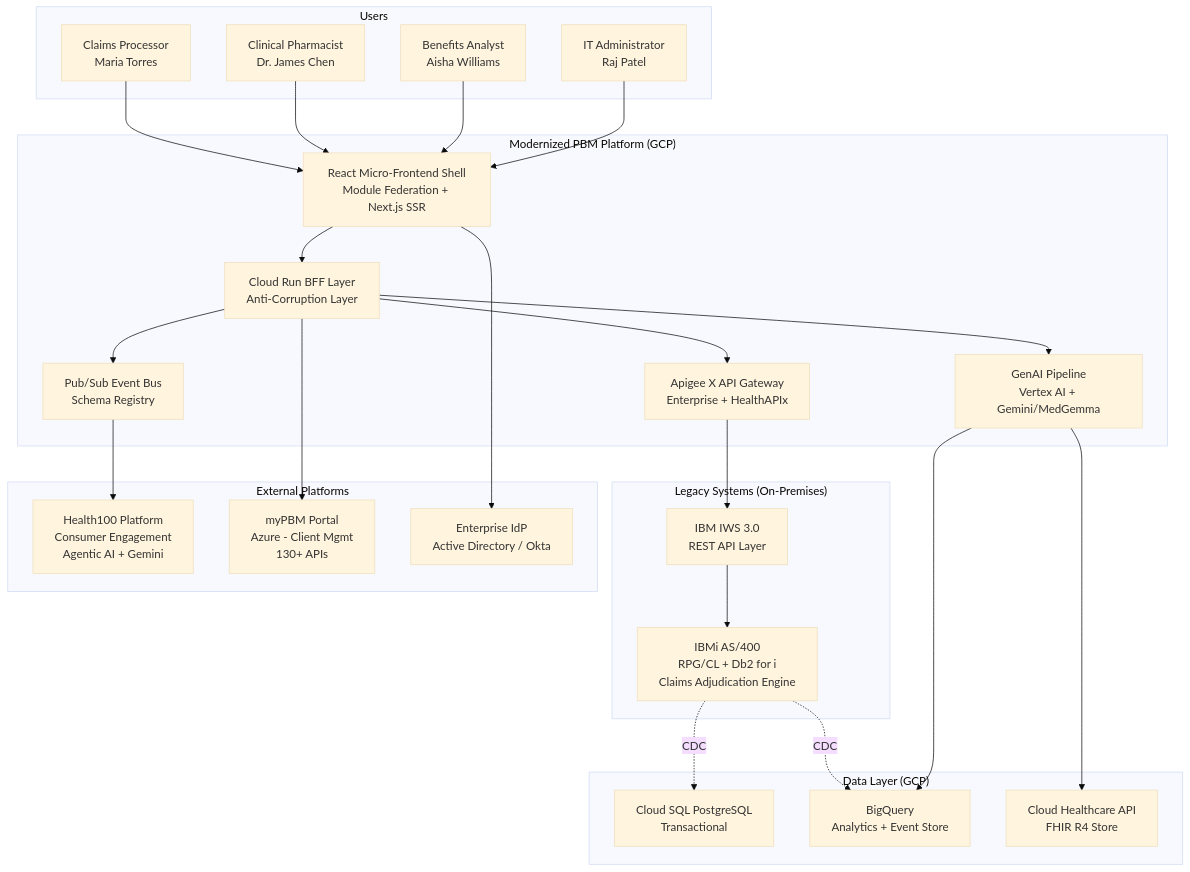
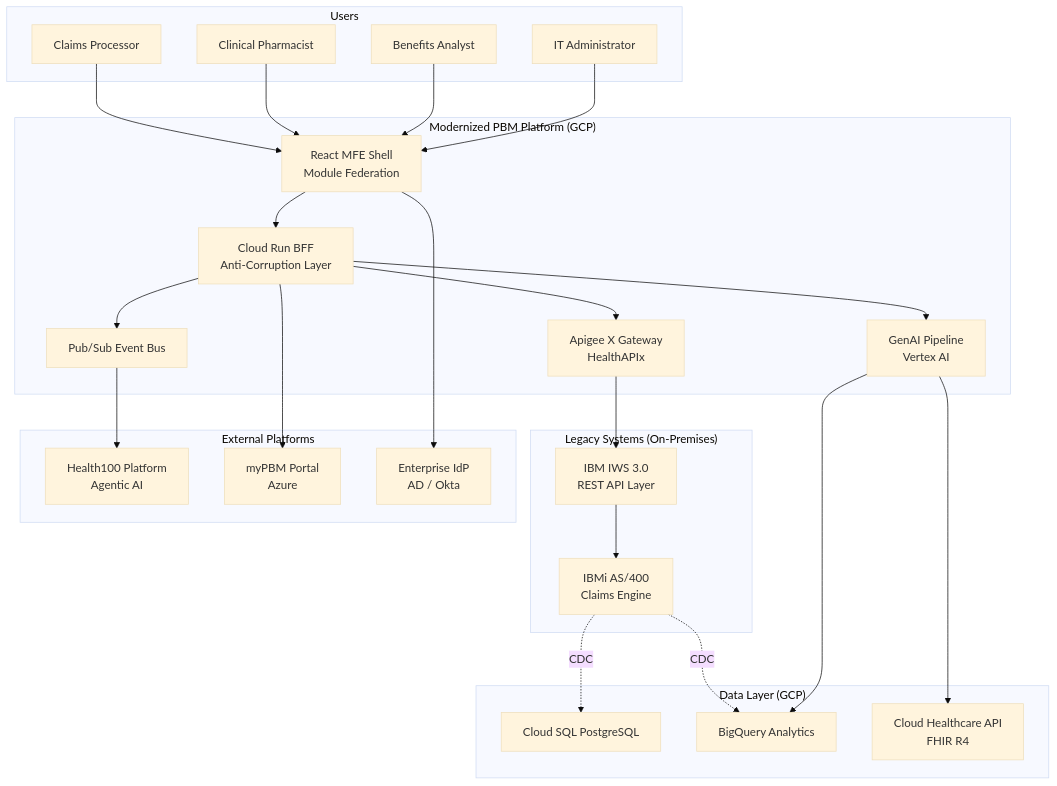
The second of 7 diagrams in outputs/cvs-legacy-transformation/solution-architecture-document.md (Modular-Earth-LLC/solutions-architecture-agent), drawn with Mermaid (base theme) before and after one commit. The commit also changed other lines of this file and 5 other files, not shown here.

First line of the commit message:
fix(diagrams): apply Mermaid quality rules across all diagrams and generation code

````diff
--- a/outputs/cvs-legacy-transformation/solution-architecture-document.md
+++ b/outputs/cvs-legacy-transformation/solution-architecture-document.md
@@ -244,49 +249,52 @@
 ```mermaid
-graph TB
-    subgraph Users
-        CP[Claims Processor<br/>Maria Torres]
-        PH[Clinical Pharmacist<br/>Dr. James Chen]
-        BA[Benefits Analyst<br/>Aisha Williams]
-        IT[IT Administrator<br/>Raj Patel]
+flowchart TB
+    subgraph "Users"
+        CP["Claims Processor"]
+        PH["Clinical Pharmacist"]
+        BA["Benefits Analyst"]
+        IT["IT Administrator"]
     end
 
     subgraph "Modernized PBM Platform (GCP)"
-        UI[React Micro-Frontend Shell<br/>Module Federation + Next.js SSR]
-        BFF[Cloud Run BFF Layer<br/>Anti-Corruption Layer]
-        APIGEE[Apigee X API Gateway<br/>Enterprise + HealthAPIx]
-        GENAI[GenAI Pipeline<br/>Vertex AI + Gemini/MedGemma]
-        EVENTS[Pub/Sub Event Bus<br/>Schema Registry]
+        UI["React MFE Shell<br/>Module Federation"]
+        BFF_SVC["Cloud Run BFF<br/>Anti-Corruption Layer"]
+        APIGEE["Apigee X Gateway<br/>HealthAPIx"]
+        GENAI["GenAI Pipeline<br/>Vertex AI"]
+        EVENTS["Pub/Sub Event Bus"]
     end
 
     subgraph "Legacy Systems (On-Premises)"
-        IBMI[IBMi AS/400<br/>RPG/CL + Db2 for i<br/>Claims Adjudication Engine]
-        IWS[IBM IWS 3.0<br/>REST API Layer]
+        IBMI["IBMi AS/400<br/>Claims Engine"]
+        IWS["IBM IWS 3.0<br/>REST API Layer"]
     end
 
     subgraph "Data Layer (GCP)"
-        CSQL[Cloud SQL PostgreSQL<br/>Transactional]
-        BQ[BigQuery<br/>Analytics + Event Store]
-        FHIR[Cloud Healthcare API<br/>FHIR R4 Store]
+        CSQL["Cloud SQL PostgreSQL"]
+        BQ["BigQuery Analytics"]
+        FHIR_STORE["Cloud Healthcare API<br/>FHIR R4"]
     end
 
     subgraph "External Platforms"
-        H100[Health100 Platform<br/>Consumer Engagement<br/>Agentic AI + Gemini]
-        MYPBM[myPBM Portal<br/>Azure - Client Mgmt<br/>130+ APIs]
-        IDP[Enterprise IdP<br/>Active Directory / Okta]
+        H100["Health100 Platform<br/>Agentic AI"]
+        MYPBM["myPBM Portal<br/>Azure"]
+        IDP["Enterprise IdP<br/>AD / Okta"]
     end
 
-    CP & PH & BA & IT --> UI
-    UI --> BFF
-    BFF --> APIGEE
+    CP --> UI
+    PH --> UI
+    BA --> UI
+    IT --> UI
+    UI --> BFF_SVC
+    BFF_SVC --> APIGEE
     APIGEE --> IWS
     IWS --> IBMI
-    BFF --> GENAI
-    BFF --> EVENTS
+    BFF_SVC --> GENAI
+    BFF_SVC --> EVENTS
     EVENTS --> H100
-    IBMI -.->|CDC| BQ
-    IBMI -.->|CDC| CSQL
-    GENAI --> FHIR
+    IBMI -.->|"CDC"| BQ
+    IBMI -.->|"CDC"| CSQL
+    GENAI --> FHIR_STORE
     GENAI --> BQ
-    BFF --> MYPBM
+    BFF_SVC --> MYPBM
     UI --> IDP
 ```
````
